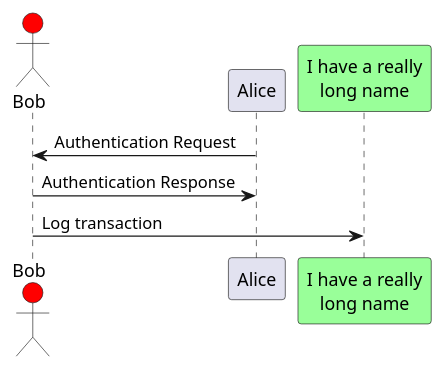
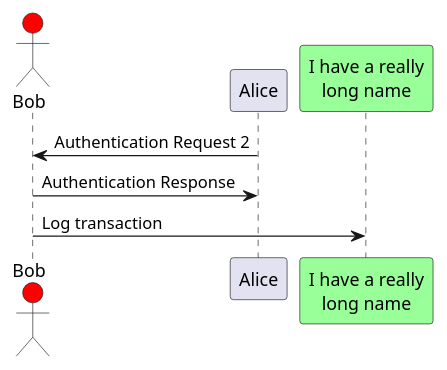
Before and after one commit to de-jcup/eclipse-asciidoctor-editor: diagram 15 of 26 in asciidoctor-editor-other/testscripts/21_diagrams_plantuml_only.adoc, drawn with PlantUML. The commit also changed 11 other files, not shown here.

```diff
--- a/asciidoctor-editor-other/testscripts/21_diagrams_plantuml_only.adoc
+++ b/asciidoctor-editor-other/testscripts/21_diagrams_plantuml_only.adoc
@@ -302,17 +302,17 @@
 [plantuml, sample-plantuml-diagram4, alt="Sequence diagram 3"]
 ----
 @startuml
 actor Bob #red
 ' The only difference between actor
 'and participant is the drawing
 participant Alice
 participant "I have a really\nlong name" as L #99FF99
 /' You can also declare:
    participant L as "I have a really\nlong name"  #99FF99
   '/
 
-Alice->Bob: Authentication Request
+Alice->Bob: Authentication Request 2
 Bob->Alice: Authentication Response
 Bob->L: Log transaction
 @enduml
 ----
```
